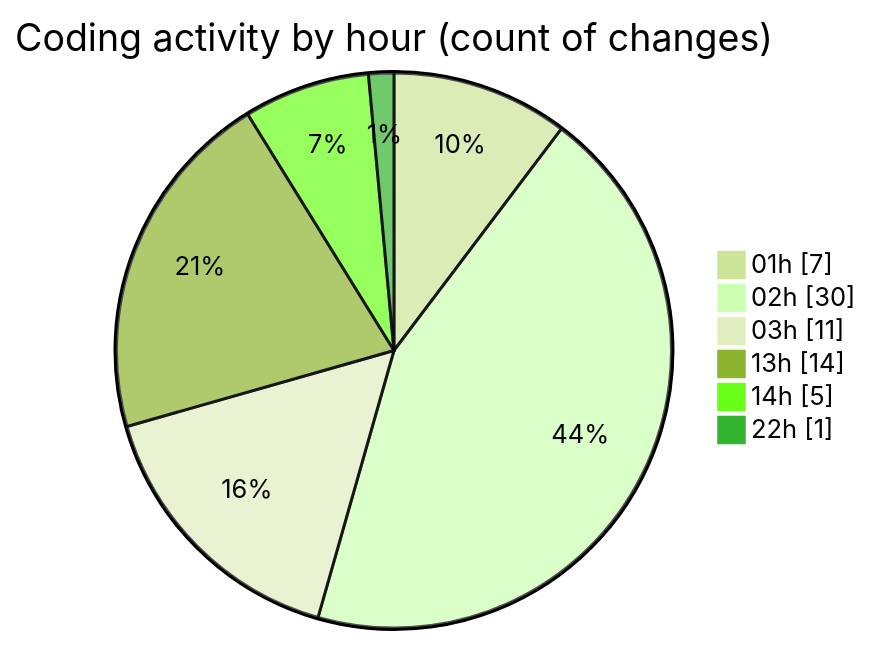
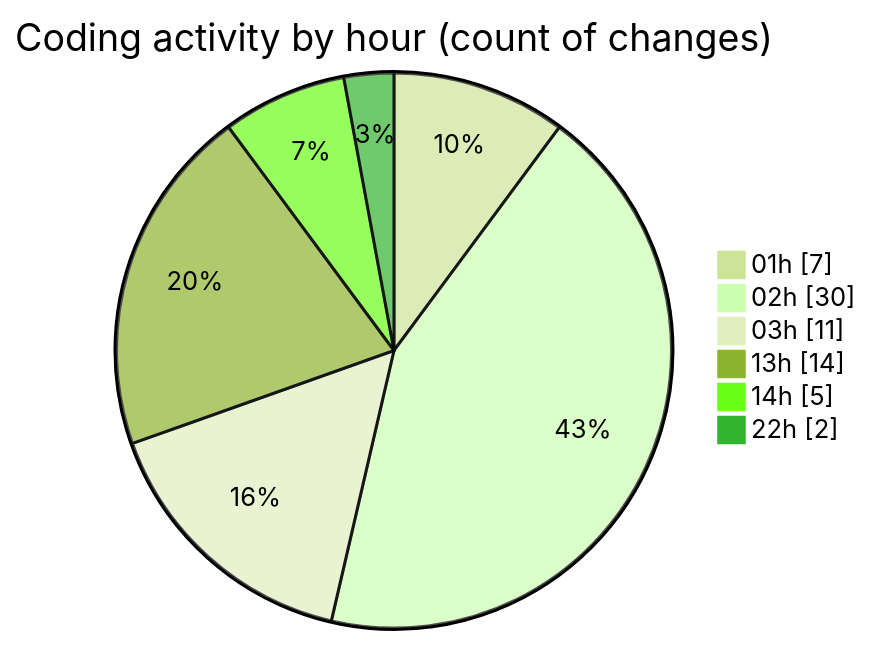
Before and after one commit to Ritupan-Deka/code-tracking: the second of 2 diagrams in 2025-01-24/projects/README.md, drawn with Mermaid (forest theme). The commit also changed other lines of this file and 1 other file, not shown here.

````diff
--- a/2025-01-24/projects/README.md
+++ b/2025-01-24/projects/README.md
@@ -40,10 +40,10 @@
 ```mermaid
 pie showData
 title Coding activity by hour (count of changes)
 "01h" : 7
 "02h" : 30
 "03h" : 11
 "13h" : 14
 "14h" : 5
-"22h" : 1
+"22h" : 2
 ```
````
